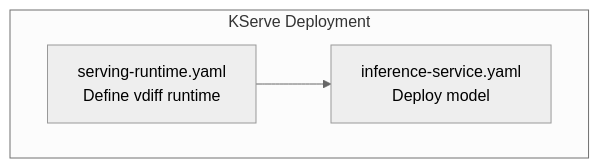
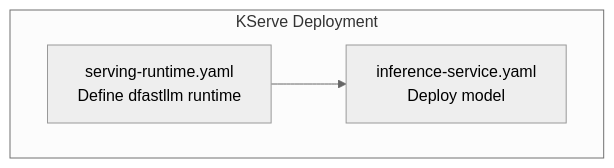
One commit to mwaykole/vdiff changed diagram 15 of 18 in docs/dev-doc/03-project-structure.md. Above: the diagram before and after it, drawn with Mermaid (neutral theme). The commit also changed other lines of this file and 53 other files, not shown here.

First line of the commit message:
refactor: Rename all vdiff references to dfastllm

````diff
--- a/docs/dev-doc/03-project-structure.md
+++ b/docs/dev-doc/03-project-structure.md
@@ -509,9 +509,9 @@
 ```mermaid
 flowchart TB
     subgraph KServe["KServe Deployment"]
-        SR["serving-runtime.yaml<br/>Define vdiff runtime"]
+        SR["serving-runtime.yaml<br/>Define dfastllm runtime"]
         IS["inference-service.yaml<br/>Deploy model"]
     end
     
     SR --> IS
 ```
````
